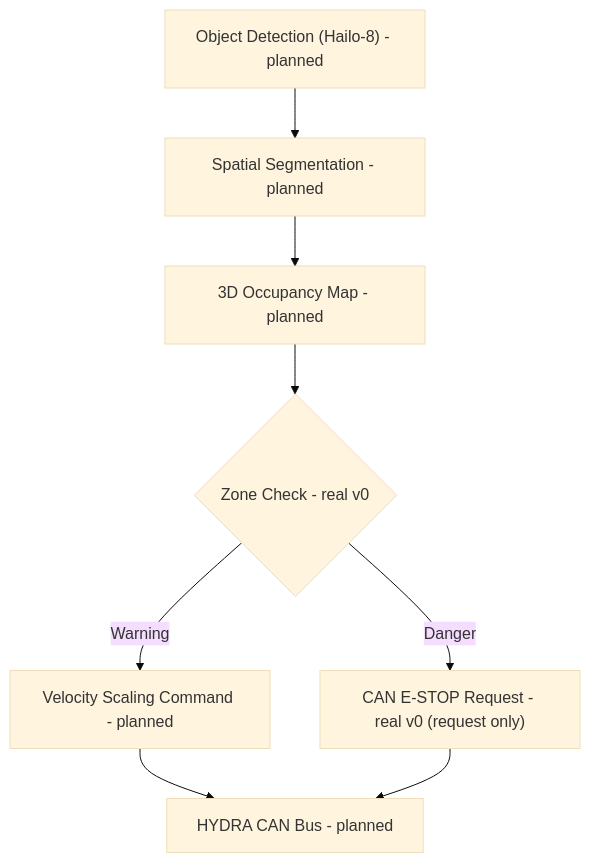
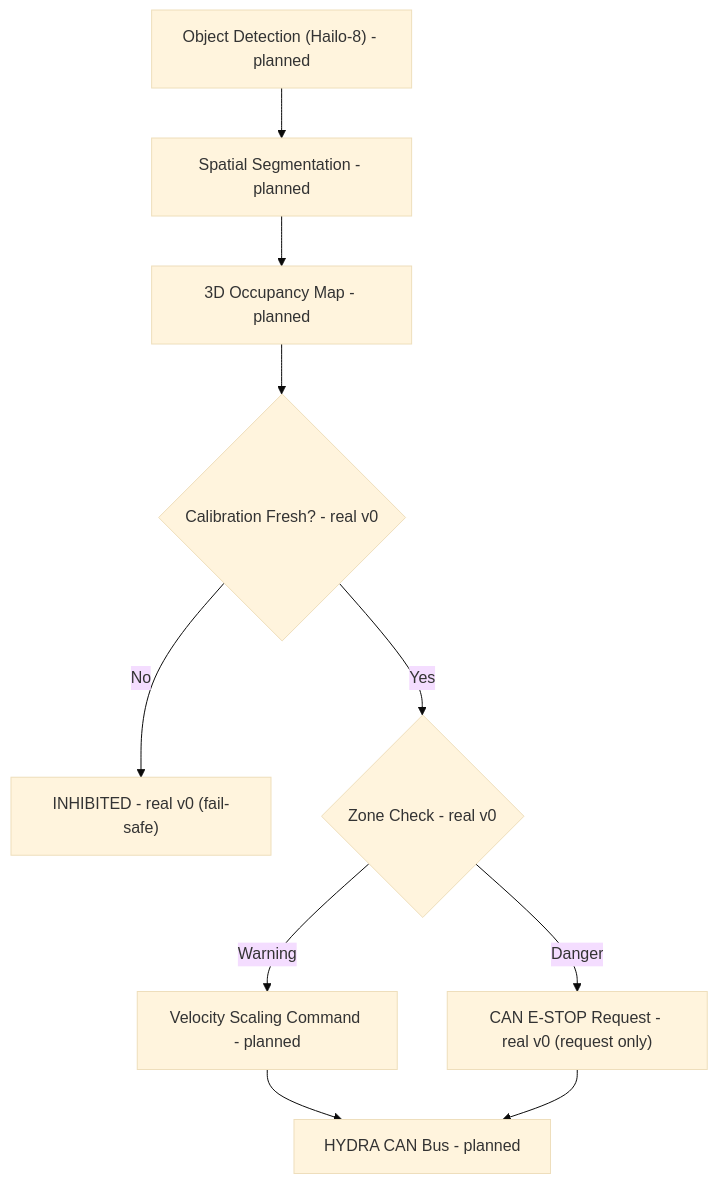
The diagram in README.md (JuanenRac/HYDRA-UMC-SAFETY-ZONES), drawn with Mermaid (base theme) before and after one commit. The commit also changed other lines of this file and 19 other files, not shown here.

First line of the commit message:
Real calibration-freshness enforcement, fail-safe by default

````diff
--- a/README.md
+++ b/README.md
@@ -45,10 +46,12 @@
 ```mermaid
 flowchart TB
     DET["Object Detection (Hailo-8) - planned"] --> SEG["Spatial Segmentation - planned"]
     SEG --> MAP["3D Occupancy Map - planned"]
-    MAP --> ZONE{"Zone Check - real v0"}
+    MAP --> CAL{"Calibration Fresh? - real v0"}
+    CAL -- No --> INHIBIT["INHIBITED - real v0 (fail-safe)"]
+    CAL -- Yes --> ZONE{"Zone Check - real v0"}
     ZONE -- Warning --> SLOW["Velocity Scaling Command - planned"]
     ZONE -- Danger --> STOP["CAN E-STOP Request - real v0 (request only)"]
     SLOW --> CAN["HYDRA CAN Bus - planned"]
     STOP --> CAN
 ```
````
